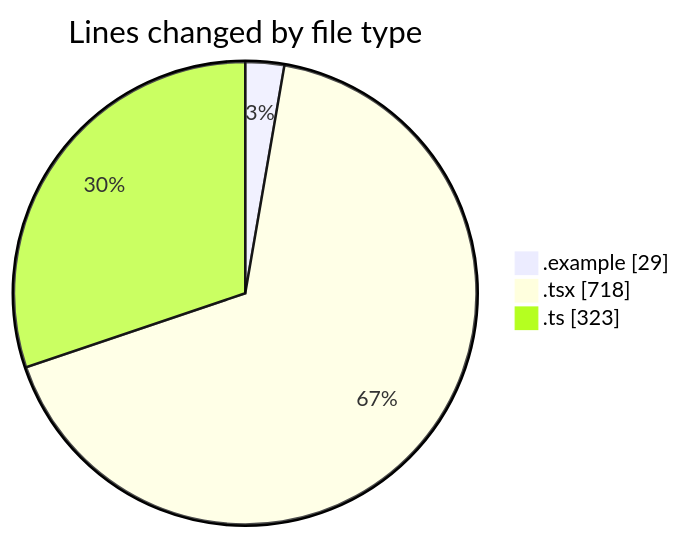
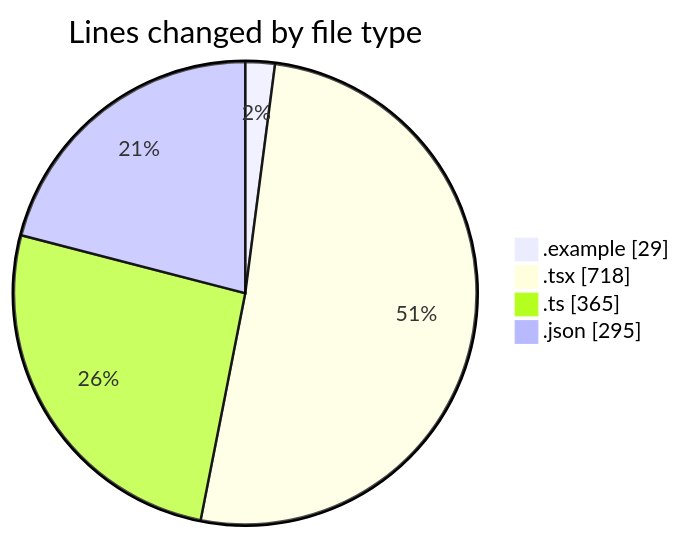
One commit to julien-gomy/code-tracking changed the first of 2 diagrams in 2025-11-16/eventscop-frontend-guide__workspace_/README.md. Above: the diagram before and after it, drawn with Mermaid. The commit also changed other lines of this file and 1 other file, not shown here.

````diff
--- a/2025-11-16/eventscop-frontend-guide__workspace_/README.md
+++ b/2025-11-16/eventscop-frontend-guide__workspace_/README.md
@@ -29,7 +30,8 @@
 ```mermaid
 pie showData
 title Lines changed by file type
 ".example" : 29
 ".tsx" : 718
-".ts" : 323
+".ts" : 365
+".json" : 295
 ```
````
